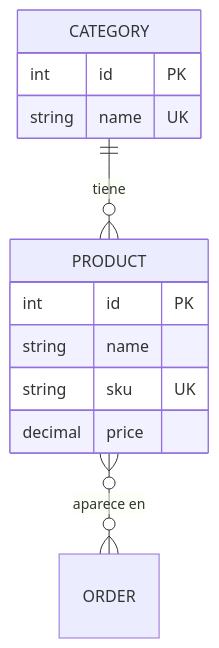
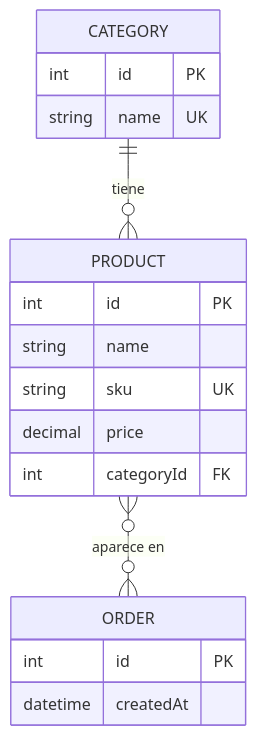
One commit to valemiii/Lab1_Mini_API changed the diagram in MODELO_ER.md. Above: the diagram before and after it, drawn with Mermaid. The commit also changed other lines of this file, not shown here.

````diff
--- a/MODELO_ER.md
+++ b/MODELO_ER.md
@@ -8,20 +7,23 @@
 ```mermaid
 erDiagram
     CATEGORY ||--o{ PRODUCT : tiene
     PRODUCT }o--o{ ORDER : "aparece en"
 
     CATEGORY {
         int id PK
         string name UK
     }
 
     PRODUCT {
         int id PK
         string name
         string sku UK
         decimal price
+        int categoryId FK
     }
 
     ORDER {
+        int id PK
+        datetime createdAt
     }
 ```
````
